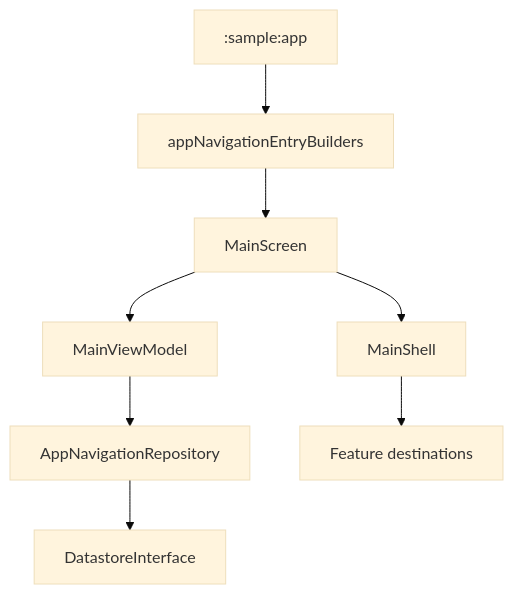
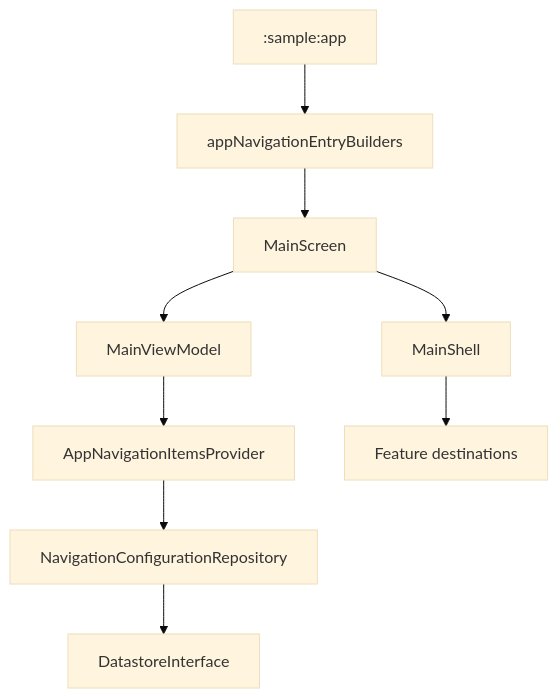
Before and after one commit to MihaiCristianCondrea/App-Toolkit-for-Android: the diagram in sample/feature/home/README.md, drawn with Mermaid (base theme). The commit also changed other lines of this file and 66 other files, not shown here.

Commit message:
updated the app toolkit quick tools architecture to follow googe's best practices and made the quick tools tab expansions list to be persistent

````diff
--- a/sample/feature/home/README.md
+++ b/sample/feature/home/README.md
@@ -35,10 +35,11 @@
 ```mermaid
 flowchart TD
     App[":sample:app"] --> Builders[appNavigationEntryBuilders]
     Builders --> Screen[MainScreen]
     Screen --> Shell[MainShell]
     Screen --> VM[MainViewModel]
-    VM --> NavRepo[AppNavigationRepository]
+    VM --> Provider[AppNavigationItemsProvider]
+    Provider --> NavRepo[NavigationConfigurationRepository]
     NavRepo --> Store[DatastoreInterface]
     Shell --> Entries[Feature destinations]
 ```
````
